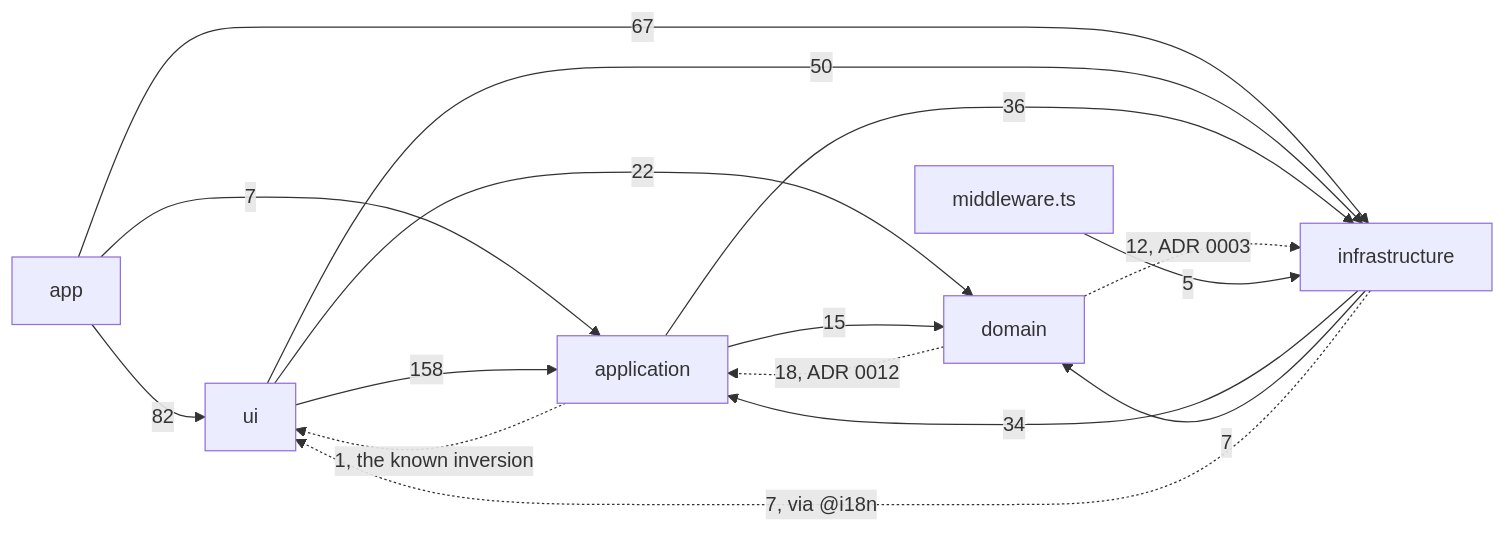
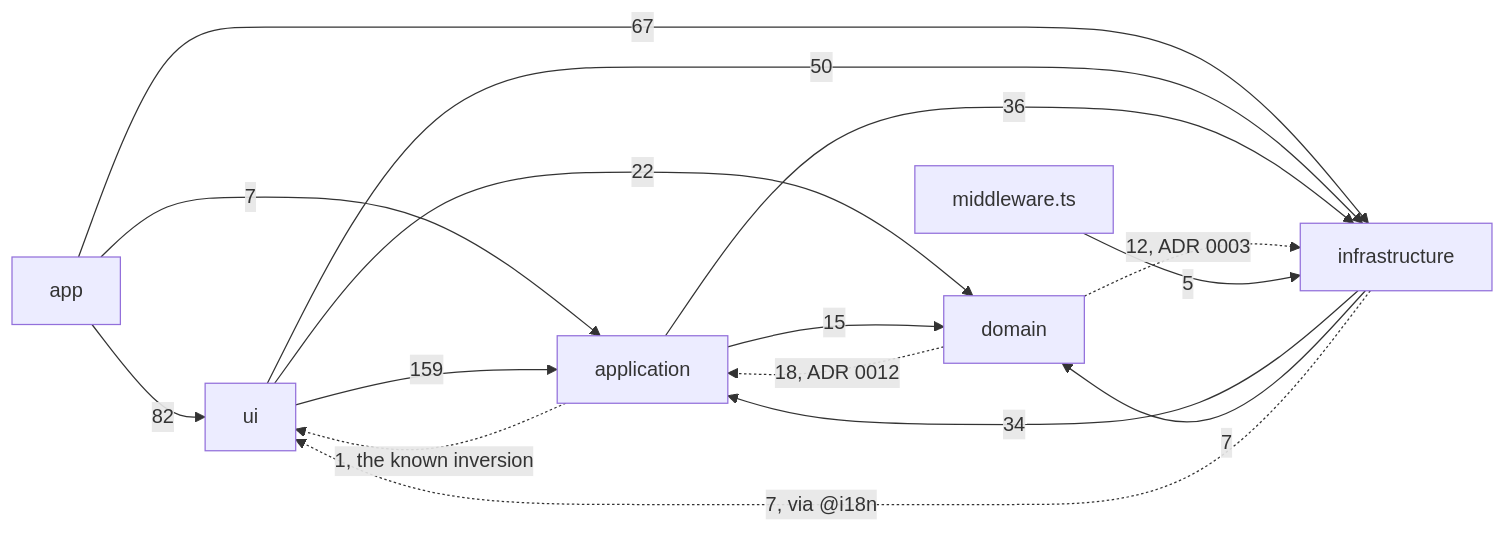
The diagram in apps/docs/src/content/docs/architecture/overview.mdx (fbuireu/forever-pto), drawn with Mermaid before and after one commit. The commit also changed other lines of this file and 1 other file, not shown here.

Commit message:
docs(docs): count the new ui to application import and the premium_modal donate source

````diff
--- a/apps/docs/src/content/docs/architecture/overview.mdx
+++ b/apps/docs/src/content/docs/architecture/overview.mdx
@@ -47,24 +47,24 @@
 ```mermaid
 flowchart LR
   APP[app]
   UI[ui]
   APPL[application]
   DOM[domain]
   INFRA[infrastructure]
   MW[middleware.ts]
   APP -->|82| UI
   APP -->|7| APPL
   APP -->|67| INFRA
-  UI -->|158| APPL
+  UI -->|159| APPL
   UI -->|22| DOM
   UI -->|50| INFRA
   APPL -->|15| DOM
   APPL -->|36| INFRA
   APPL -.->|1, the known inversion| UI
   DOM -.->|18, ADR 0012| APPL
   DOM -.->|12, ADR 0003| INFRA
   INFRA -->|34| APPL
   INFRA -->|7| DOM
   INFRA -.->|7, via @i18n| UI
   MW -->|5| INFRA
 ```
````
